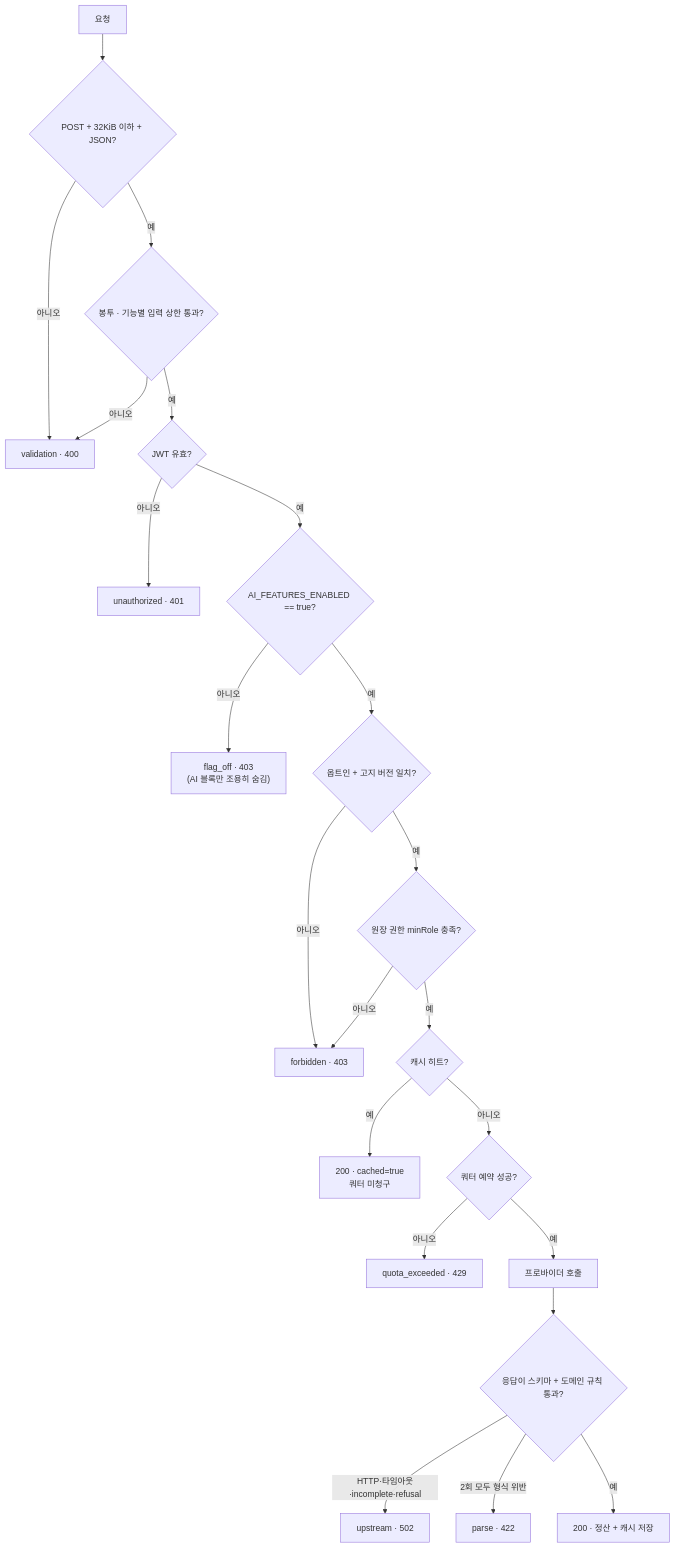
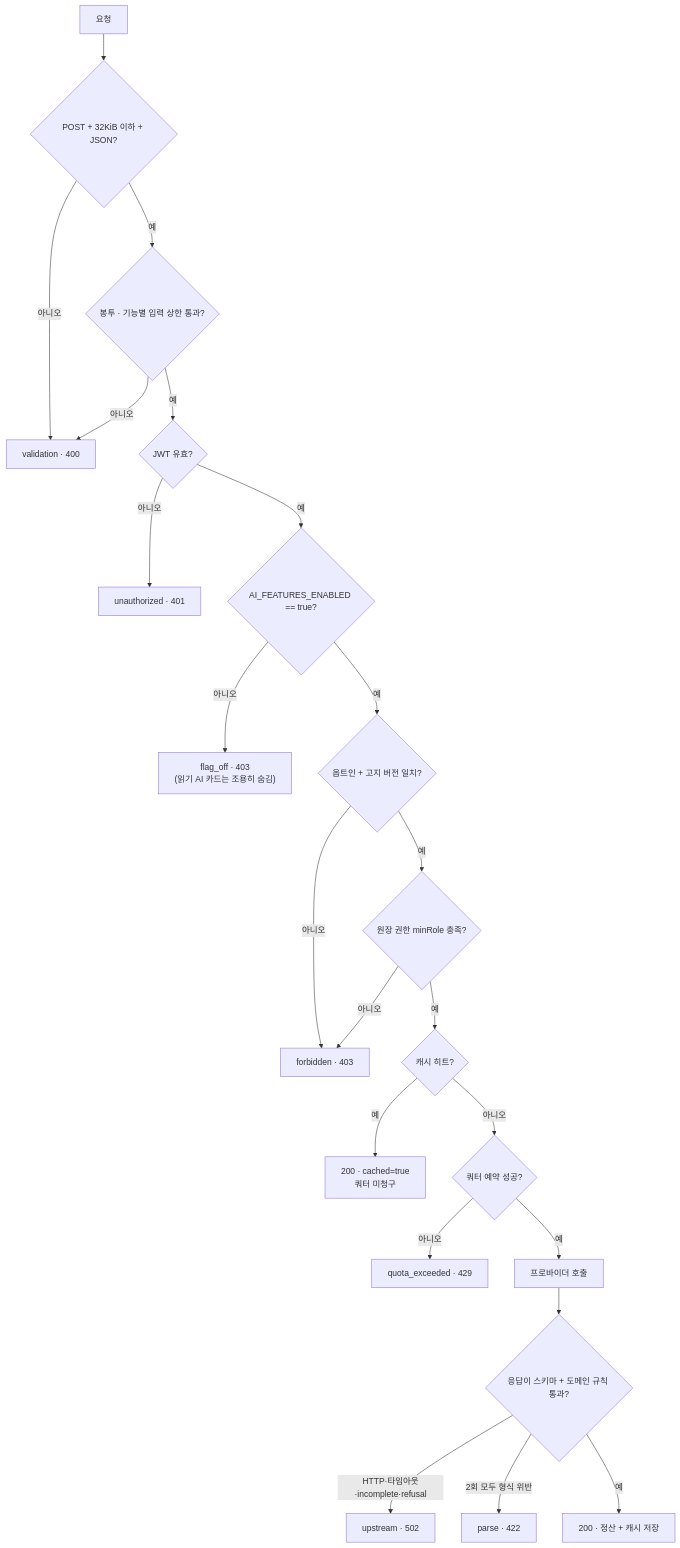
One commit to dongju93/household-account-book changed the third of 6 diagrams in README.md. Above: the diagram before and after it, drawn with Mermaid. The commit also changed other lines of this file, not shown here.

````diff
--- a/README.md
+++ b/README.md
@@ -194,24 +197,24 @@
 ```mermaid
 flowchart TD
     A["요청"] --> B{"POST + 32KiB 이하 + JSON?"}
     B -->|아니오| E1["validation · 400"]
     B -->|예| C{"봉투 · 기능별 입력 상한 통과?"}
     C -->|아니오| E1
     C -->|예| D{"JWT 유효?"}
     D -->|아니오| E2["unauthorized · 401"]
     D -->|예| F{"AI_FEATURES_ENABLED == true?"}
-    F -->|아니오| E3["flag_off · 403<br/>(AI 블록만 조용히 숨김)"]
+    F -->|아니오| E3["flag_off · 403<br/>(읽기 AI 카드는 조용히 숨김)"]
     F -->|예| G{"옵트인 + 고지 버전 일치?"}
     G -->|아니오| E4["forbidden · 403"]
     G -->|예| H{"원장 권한 minRole 충족?"}
     H -->|아니오| E4
     H -->|예| I{"캐시 히트?"}
     I -->|예| OK1["200 · cached=true<br/>쿼터 미청구"]
     I -->|아니오| J{"쿼터 예약 성공?"}
     J -->|아니오| E5["quota_exceeded · 429"]
     J -->|예| K["프로바이더 호출"]
     K --> L{"응답이 스키마 + 도메인 규칙 통과?"}
     L -->|"HTTP·타임아웃·incomplete·refusal"| E6["upstream · 502"]
     L -->|"2회 모두 형식 위반"| E7["parse · 422"]
     L -->|예| OK2["200 · 정산 + 캐시 저장"]
 ```
````
